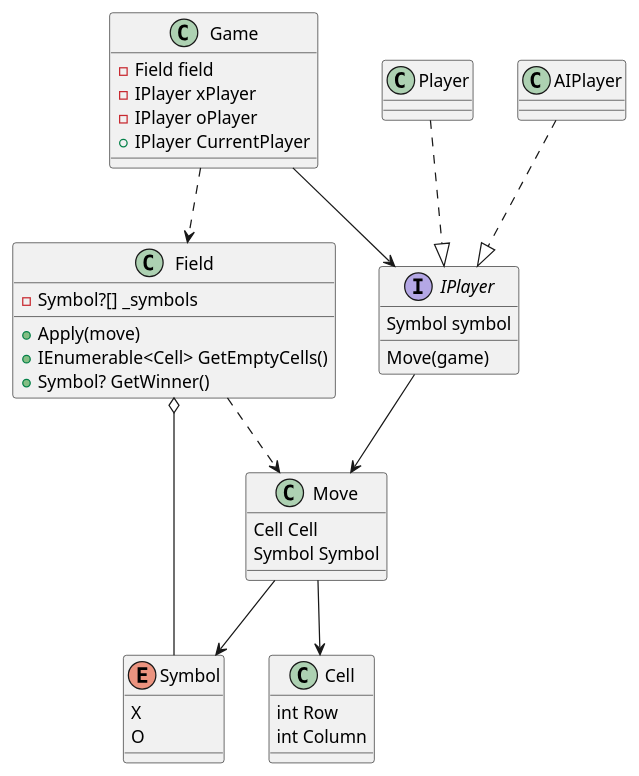
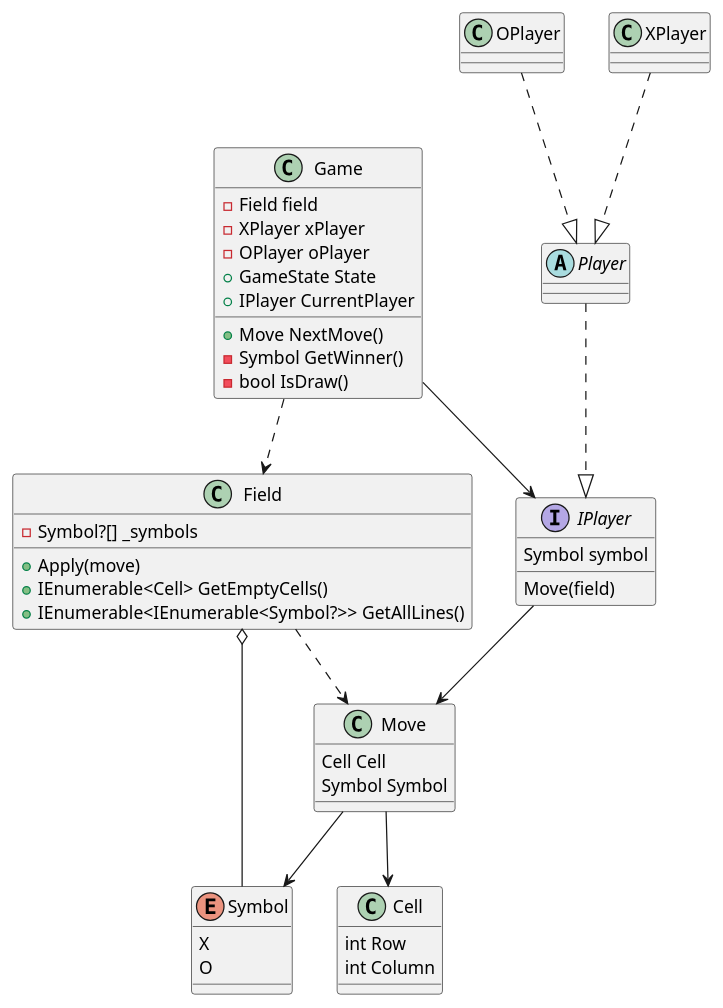
One commit to Gotcha7770/TicTacToe changed the diagram in Diagrams/design.puml. Above: the diagram before and after it, drawn with PlantUML.

Commit message:
design updated

```diff
--- a/Diagrams/design.puml
+++ b/Diagrams/design.puml
@@ -1,56 +1,62 @@
 @startuml
 'https://plantuml.com/ru/class-diagram
 
 enum Symbol {
     X
     O
 }
 
 class Cell {
     int Row
     int Column
 }
 
 class Move {
     Cell Cell
     Symbol Symbol
 }
 
 class Field {
     - Symbol?[] _symbols
     + Apply(move)
     + IEnumerable<Cell> GetEmptyCells()
-    + Symbol? GetWinner()
+    + IEnumerable<IEnumerable<Symbol?>> GetAllLines()
 }
 
 interface IPlayer {
     Symbol symbol
-    Move(game)
+    Move(field)
 }
 
-class Player {
+abstract class Player {
 }
 
-class AIPlayer {
+class OPlayer {
 }
 
-' раунд игры, счет?
+class XPlayer {
+}
 
 class Game {
     - Field field
-    - IPlayer xPlayer
-    - IPlayer oPlayer
+    - XPlayer xPlayer
+    - OPlayer oPlayer
+    + GameState State
     + IPlayer CurrentPlayer
+     + Move NextMove()
+        - Symbol GetWinner()
+        - bool IsDraw()
 }
 
 Move --> Symbol
 Move --> Cell
 Field o-- Symbol
 Field ..> Move
 Player ..|> IPlayer
-AIPlayer ..|> IPlayer
+XPlayer ..|> Player
+OPlayer ..|> Player
 IPlayer --> Move
 Game ..> Field
 Game --> IPlayer
 
 @enduml
```
